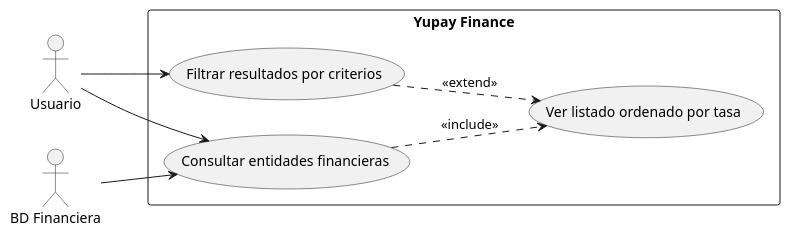
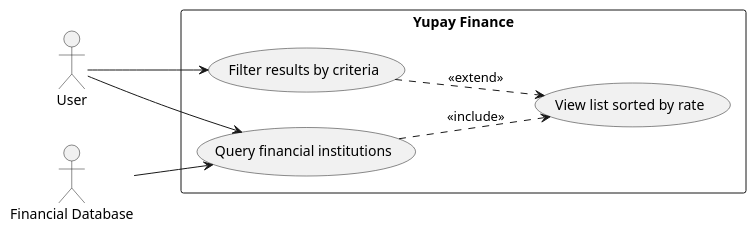
Before and after one commit to Rhoy16/yupay-finance-docs: the diagram in 1A.puml, drawn with PlantUML. The commit also changed 21 other files, not shown here.

Commit message:
Refactor UML diagrams: translate to English and apply standard naming conventions

```diff
--- a/1A.puml
+++ b/1A.puml
@@ -1,18 +1,18 @@
 @startuml
 left to right direction
-actor "Usuario" as user
-actor "BD Financiera" as bd
+actor "User" as user
+actor "Financial Database" as bd
 
 rectangle "Yupay Finance" {
-    usecase "Consultar entidades financieras" as UC_consultar
-    usecase "Ver listado ordenado por tasa" as UC_listar
-    usecase "Filtrar resultados por criterios" as UC_filtrar
+    usecase "Query financial institutions" as UC_consultar
+    usecase "View list sorted by rate" as UC_listar
+    usecase "Filter results by criteria" as UC_filtrar
 }
 
 user --> UC_consultar
 user --> UC_filtrar
 
 UC_consultar ..> UC_listar : <<include>>
 UC_filtrar ..> UC_listar : <<extend>>
 bd --> UC_consultar
-@endum
+@enduml
```
